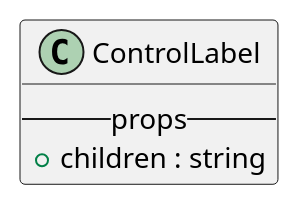
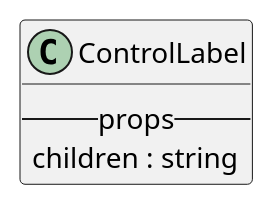
The diagram in react/bootstrap/controllabel.iuml (M9k/Marvin-Uml), drawn with PlantUML before and after one commit. The commit also changed 10 other files, not shown here.

```diff
--- a/react/bootstrap/controllabel.iuml
+++ b/react/bootstrap/controllabel.iuml
@@ -1,4 +1,4 @@
 class ControlLabel{
     --props--
-        + children : string
+         children : string
 }
```
